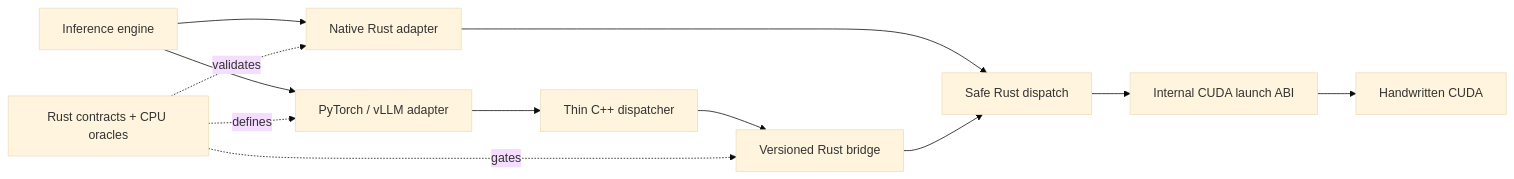
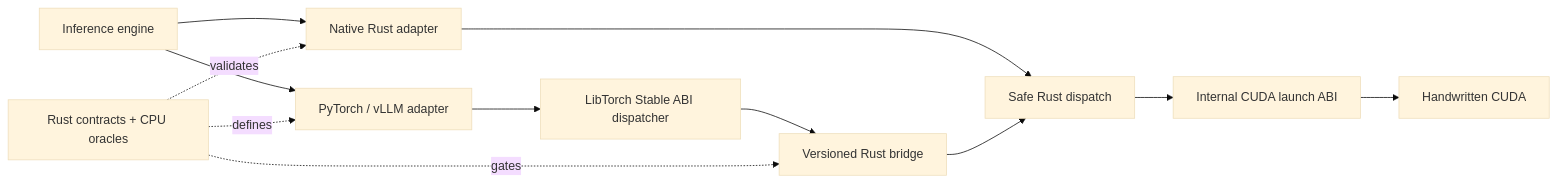
One commit to feichai0017/orbitkv changed the diagram in README.md. Above: the diagram before and after it, drawn with Mermaid (base theme). The commit also changed other lines of this file and 11 other files, not shown here.

Commit message:
docs: record the Stable ABI H20 gate

````diff
--- a/README.md
+++ b/README.md
@@ -59,14 +59,14 @@
 ```mermaid
 flowchart LR
     A["Inference engine"] --> N["Native Rust adapter"]
     A --> P["PyTorch / vLLM adapter"]
-    P --> T["Thin C++ dispatcher"]
+    P --> T["LibTorch Stable ABI dispatcher"]
     T --> B["Versioned Rust bridge"]
     N --> R["Safe Rust dispatch"]
     B --> R
     R --> C["Internal CUDA launch ABI"]
     C --> D["Handwritten CUDA"]
     F["Rust contracts + CPU oracles"] -. validates .-> N
     F -. gates .-> B
     F -. defines .-> P
 ```
````
